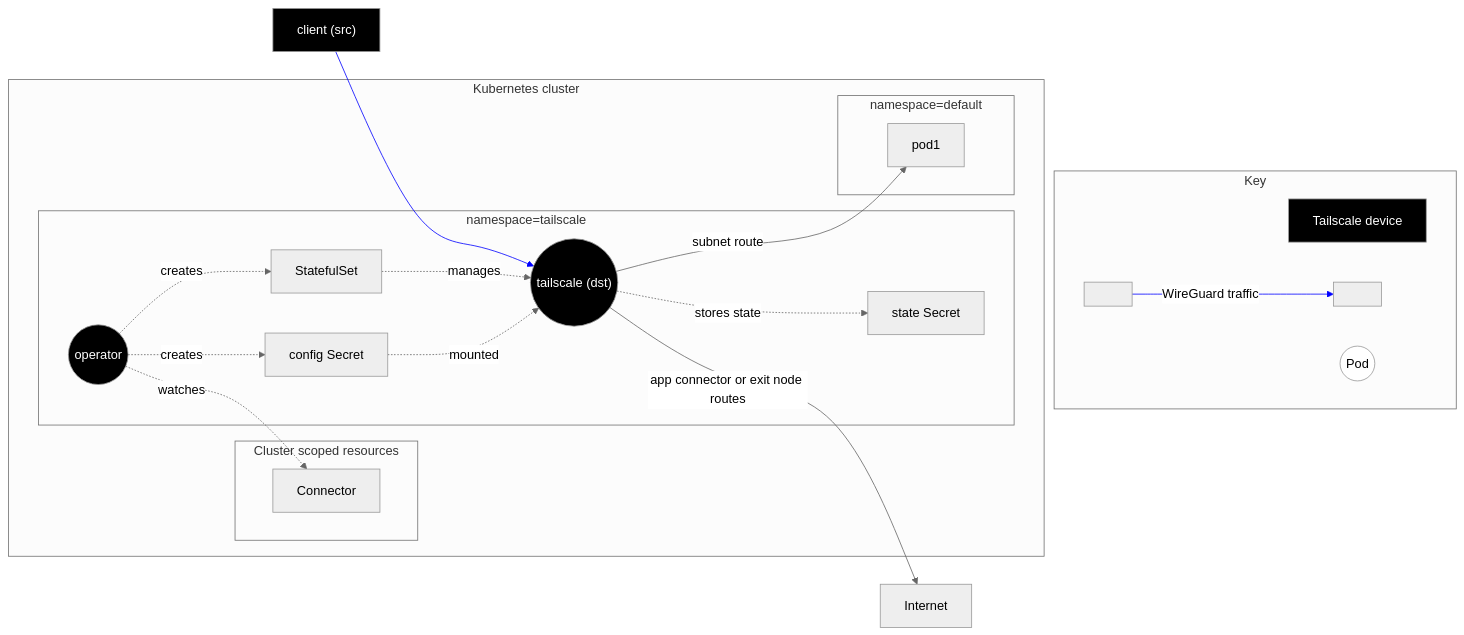
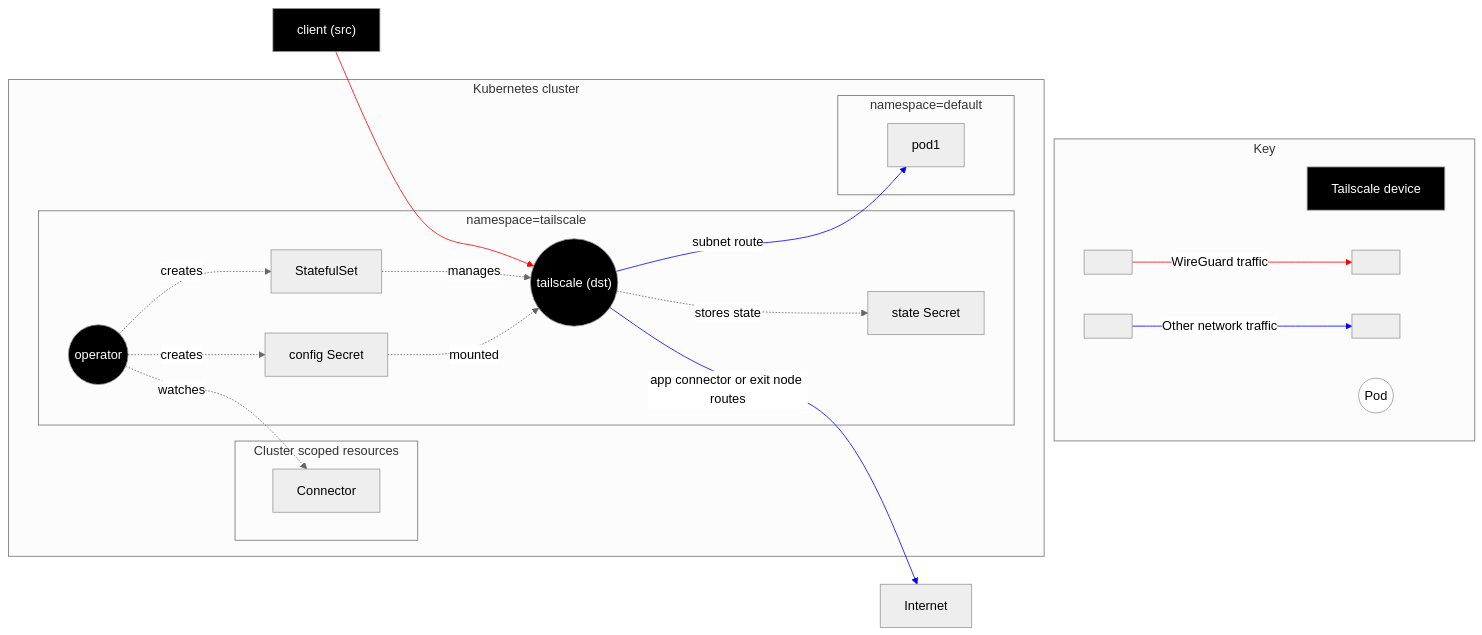
One commit to tailscale/tailscale changed the sixth of 7 diagrams in docs/k8s/operator-architecture.md. Above: the diagram before and after it, drawn with Mermaid. The commit also changed other lines of this file, not shown here.

Commit message:
Review feedback; more colours + data flow for ProxyGroup

````diff
--- a/docs/k8s/operator-architecture.md
+++ b/docs/k8s/operator-architecture.md
@@ -296,52 +357,58 @@
 ```mermaid
 %%{ init: { 'theme':'neutral' } }%%
 
 flowchart TD
     classDef tsnode color:#fff,fill:#000;
     classDef pod fill:#fff;
     classDef hidden display:none;
 
     subgraph Key
         ts[Tailscale device]:::tsnode
         pod((Pod)):::pod
-        hidden[" "]-->|WireGuard traffic|hidden2[" "]
+        blank[" "]-->|WireGuard traffic|blank2[" "]
+        blank3[" "]-->|Other network traffic|blank4[" "]
     end
 
     subgraph grouping[" "]
         subgraph k8s[Kubernetes cluster]
             subgraph tailscale-ns[namespace=tailscale]
                 operator((operator)):::tsnode
                 cn-sts[StatefulSet]
                 cn-pod(("tailscale (dst)")):::tsnode
                 cfg-secret["config Secret"]
                 state-secret["state Secret"]
             end
 
             subgraph cluster-scope["Cluster scoped resources"]
                 cn["Connector"]
             end
 
             subgraph defaultns["namespace=default"]
                 pod1
             end
         end
 
         client["client (src)"]:::tsnode
         Internet
     end
 
     client-->cn-pod
     cn-pod-->|app connector or exit node routes| Internet
     cn-pod-->|subnet route| pod1
     operator-.->|watches| cn
     operator -.->|creates| cn-sts
     cn-sts -.->|manages| cn-pod
     operator -.->|creates| cfg-secret
     cfg-secret -.->|mounted| cn-pod
     cn-pod -.->|stores state| state-secret
 
     class grouping hidden
-    linkStyle 0 stroke:blue;
+
+    linkStyle 0 stroke:red;
+    linkStyle 2 stroke:red;
+
     linkStyle 1 stroke:blue;
+    linkStyle 3 stroke:blue;
+    linkStyle 4 stroke:blue;
 
 ```
````
